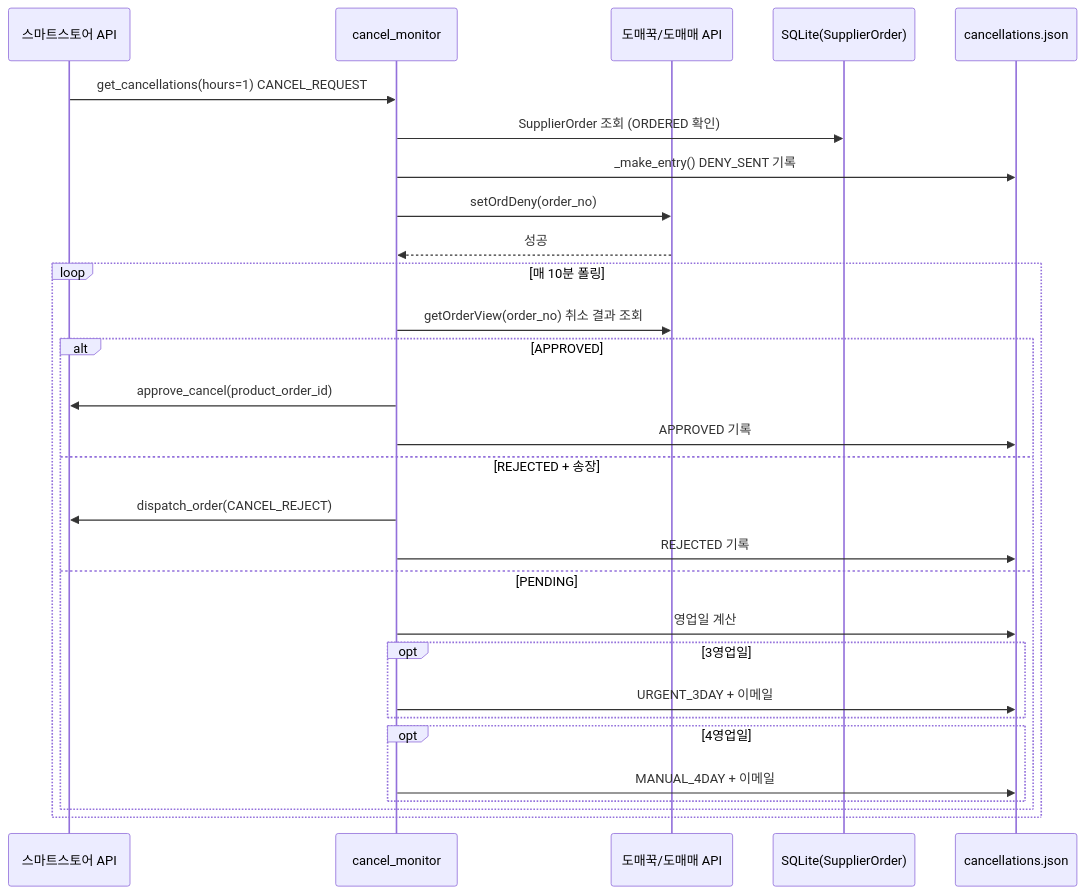
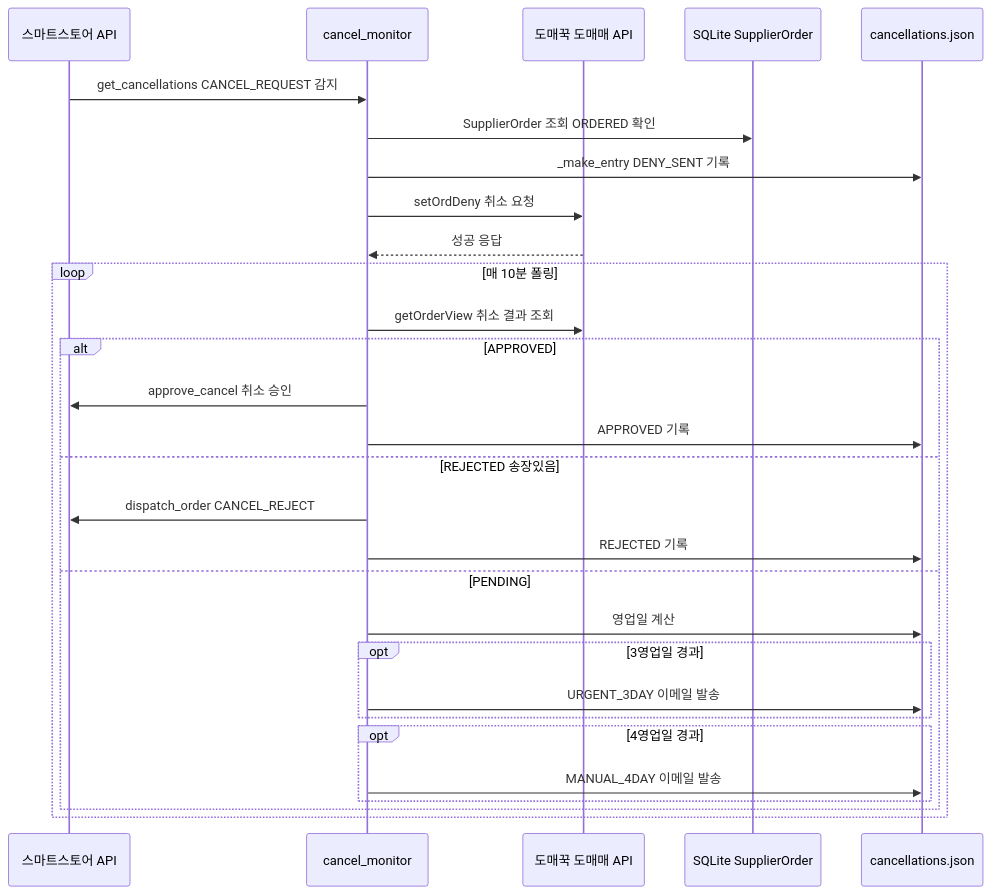
One commit to pkeom/pkeom changed the eighth of 9 diagrams in SYSTEM_MASTER_SPEC.md. Above: the diagram before and after it, drawn with Mermaid. The commit also changed other lines of this file, not shown here.

First line of the commit message:
fix: SYSTEM_MASTER_SPEC.md Mermaid 다이어그램 문법 오류 전체 수정

````diff
--- a/SYSTEM_MASTER_SPEC.md
+++ b/SYSTEM_MASTER_SPEC.md
@@ -1570,33 +1570,33 @@
 ```mermaid
 sequenceDiagram
     participant SS as 스마트스토어 API
     participant CAN as cancel_monitor
-    participant DK as 도매꾹/도매매 API
-    participant DB_S as SQLite(SupplierOrder)
+    participant DK as 도매꾹 도매매 API
+    participant DB_S as SQLite SupplierOrder
     participant DB_C as cancellations.json
 
-    SS->>CAN: get_cancellations(hours=1) CANCEL_REQUEST
-    CAN->>DB_S: SupplierOrder 조회 (ORDERED 확인)
-    CAN->>DB_C: _make_entry() DENY_SENT 기록
-    CAN->>DK: setOrdDeny(order_no)
-    DK-->>CAN: 성공
+    SS->>CAN: get_cancellations CANCEL_REQUEST 감지
+    CAN->>DB_S: SupplierOrder 조회 ORDERED 확인
+    CAN->>DB_C: _make_entry DENY_SENT 기록
+    CAN->>DK: setOrdDeny 취소 요청
+    DK-->>CAN: 성공 응답
 
     loop 매 10분 폴링
-        CAN->>DK: getOrderView(order_no) 취소 결과 조회
+        CAN->>DK: getOrderView 취소 결과 조회
         alt APPROVED
-            CAN->>SS: approve_cancel(product_order_id)
+            CAN->>SS: approve_cancel 취소 승인
             CAN->>DB_C: APPROVED 기록
-        else REJECTED + 송장
-            CAN->>SS: dispatch_order(CANCEL_REJECT)
+        else REJECTED 송장있음
+            CAN->>SS: dispatch_order CANCEL_REJECT
             CAN->>DB_C: REJECTED 기록
         else PENDING
             CAN->>DB_C: 영업일 계산
-            opt 3영업일
-                CAN->>DB_C: URGENT_3DAY + 이메일
+            opt 3영업일 경과
+                CAN->>DB_C: URGENT_3DAY 이메일 발송
             end
-            opt 4영업일
-                CAN->>DB_C: MANUAL_4DAY + 이메일
+            opt 4영업일 경과
+                CAN->>DB_C: MANUAL_4DAY 이메일 발송
             end
         end
     end
 ```
````
